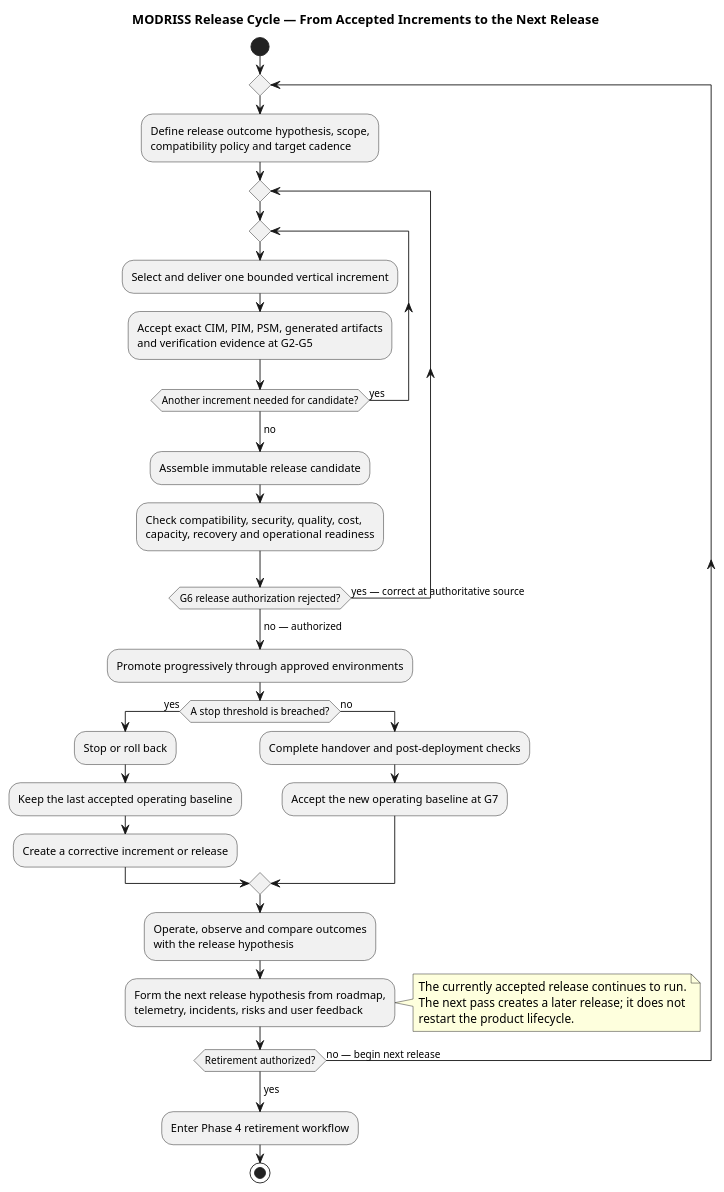
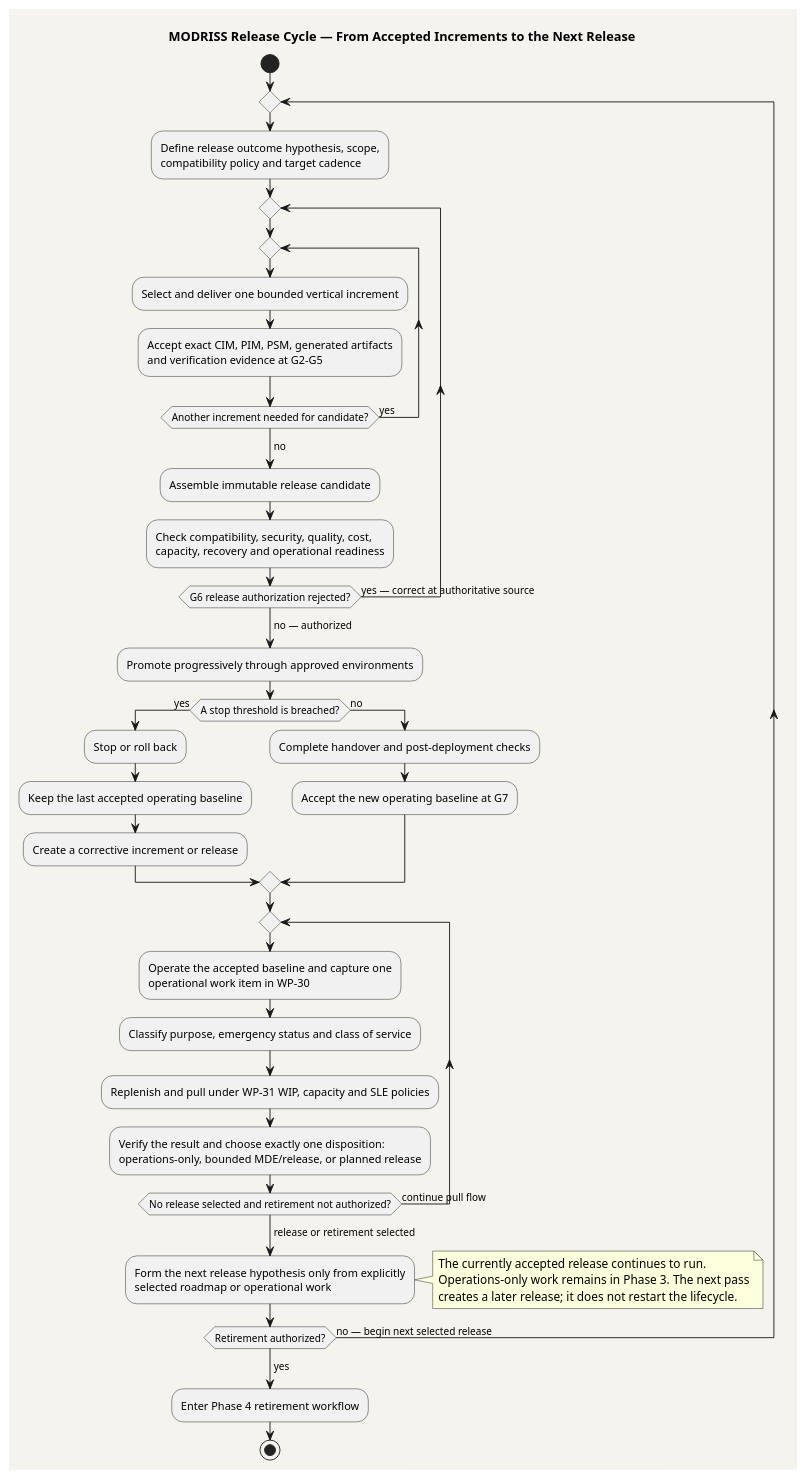
One commit to mehdieidi/modriss changed the diagram in mde/process/engineered-method/spem/release-cycle.puml. Above: the diagram before and after it, drawn with PlantUML. The commit also changed 54 other files, not shown here.

```diff
--- a/mde/process/engineered-method/spem/release-cycle.puml
+++ b/mde/process/engineered-method/spem/release-cycle.puml
@@ -1,45 +1,51 @@
 @startuml
 title MODRISS Release Cycle — From Accepted Increments to the Next Release
 
-skinparam backgroundColor white
+skinparam backgroundColor #F5F3ED
 skinparam shadowing false
 
 start
 repeat
   :Define release outcome hypothesis, scope,\ncompatibility policy and target cadence;
 
   repeat
     repeat
       :Select and deliver one bounded vertical increment;
       :Accept exact CIM, PIM, PSM, generated artifacts\nand verification evidence at G2–G5;
     repeat while (Another increment needed for candidate?) is (yes)
     -> no;
 
     :Assemble immutable release candidate;
     :Check compatibility, security, quality, cost,\ncapacity, recovery and operational readiness;
   repeat while (G6 release authorization rejected?) is (yes — correct at authoritative source)
   -> no — authorized;
 
   :Promote progressively through approved environments;
   if (A stop threshold is breached?) then (yes)
     :Stop or roll back;
     :Keep the last accepted operating baseline;
     :Create a corrective increment or release;
   else (no)
     :Complete handover and post-deployment checks;
     :Accept the new operating baseline at G7;
   endif
 
-  :Operate, observe and compare outcomes\nwith the release hypothesis;
-  :Form the next release hypothesis from roadmap,\ntelemetry, incidents, risks and user feedback;
+  repeat
+    :Operate the accepted baseline and capture one\noperational work item in WP-30;
+    :Classify purpose, emergency status and class of service;
+    :Replenish and pull under WP-31 WIP, capacity and SLE policies;
+    :Verify the result and choose exactly one disposition:\noperations-only, bounded MDE/release, or planned release;
+  repeat while (No release selected and retirement not authorized?) is (continue pull flow)
+  -> release or retirement selected;
+  :Form the next release hypothesis only from explicitly\nselected roadmap or operational work;
   note right
     The currently accepted release continues to run.
-    The next pass creates a later release; it does not
-    restart the product lifecycle.
+    Operations-only work remains in Phase 3. The next pass
+    creates a later release; it does not restart the lifecycle.
   end note
-repeat while (Retirement authorized?) is (no — begin next release)
+repeat while (Retirement authorized?) is (no — begin next selected release)
 -> yes;
 
 :Enter Phase 4 retirement workflow;
 stop
 @enduml
```
